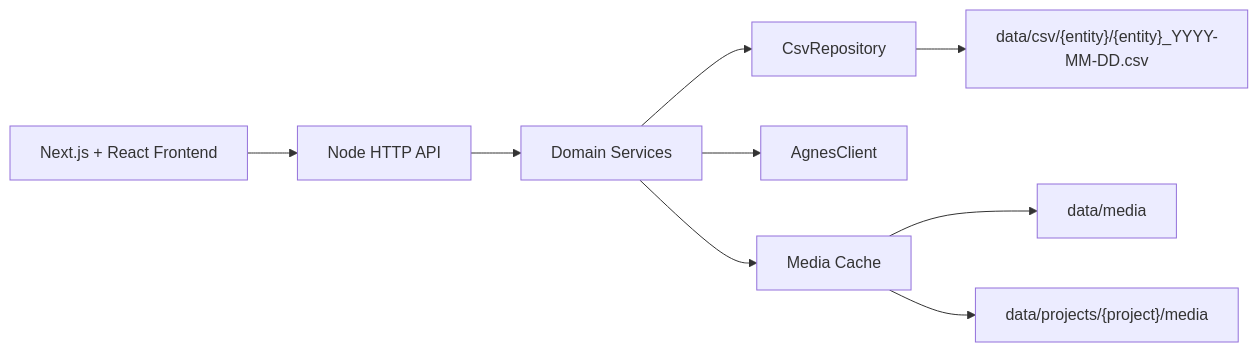
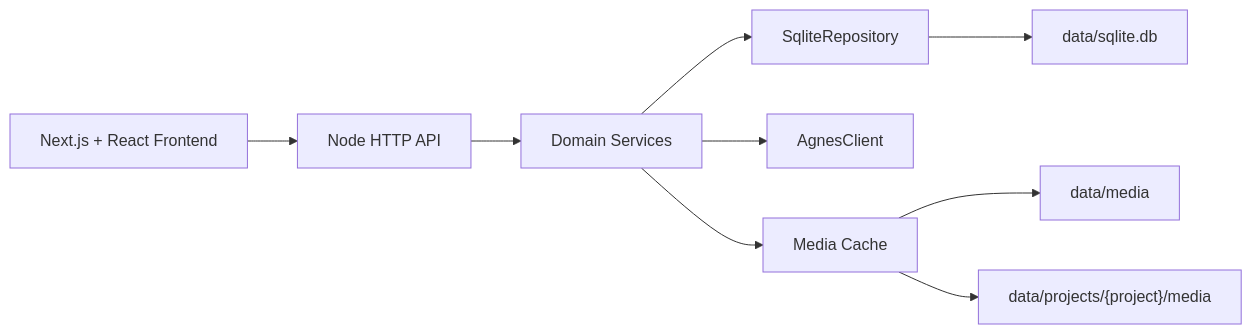
One commit to dwb80/manju changed the diagram in docs/architecture.md. Above: the diagram before and after it, drawn with Mermaid. The commit also changed other lines of this file and 120 other files, not shown here.

````diff
--- a/docs/architecture.md
+++ b/docs/architecture.md
@@ -37,11 +36,11 @@
 ```mermaid
 flowchart LR
   UI["Next.js + React Frontend"] --> API["Node HTTP API"]
   API --> Services["Domain Services"]
-  Services --> CSV["CsvRepository"]
+  Services --> SQLite["SqliteRepository"]
   Services --> AI["AgnesClient"]
-  CSV --> Files["data/csv/{entity}/{entity}_YYYY-MM-DD.csv"]
+  SQLite --> DB["data/sqlite.db"]
   Services --> Media["Media Cache"]
   Media --> GlobalMedia["data/media"]
   Media --> ProjectMedia["data/projects/{project}/media"]
 ```
````
